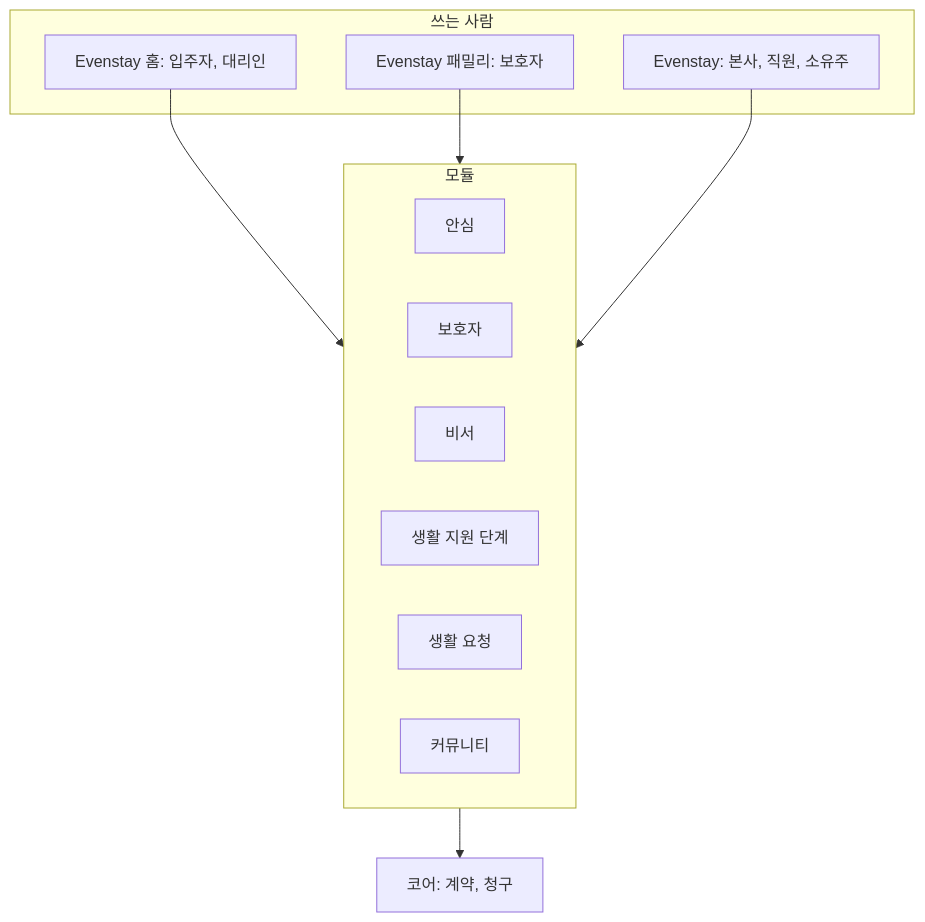
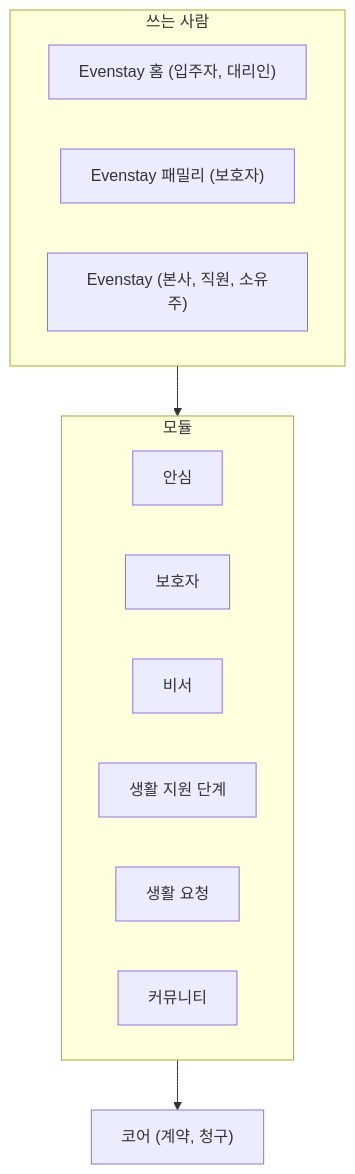
The first of 2 diagrams in README.md (roadkwonai/evenstay-web), drawn with Mermaid before and after one commit.

Commit message:
README 구성도 표기 정리

````diff
--- a/README.md
+++ b/README.md
@@ -98,20 +98,18 @@
 ```mermaid
 flowchart TB
-  subgraph 쓰는 사람
-    H[Evenstay 홈: 입주자, 대리인]
-    F[Evenstay 패밀리: 보호자]
-    S[Evenstay: 본사, 직원, 소유주]
+  subgraph U["쓰는 사람"]
+    H["Evenstay 홈 (입주자, 대리인)"]
+    F["Evenstay 패밀리 (보호자)"]
+    S["Evenstay (본사, 직원, 소유주)"]
   end
-  H --> M
-  F --> M
-  S --> M
-  subgraph M[모듈]
-    A[안심]
-    B[보호자]
-    C[비서]
-    D[생활 지원 단계]
-    E[생활 요청]
-    G[커뮤니티]
+  subgraph M["모듈"]
+    A["안심"]
+    B["보호자"]
+    C["비서"]
+    D["생활 지원 단계"]
+    E["생활 요청"]
+    G["커뮤니티"]
   end
-  M --> K[코어: 계약, 청구]
+  U --> M
+  M --> K["코어 (계약, 청구)"]
 ```
````
